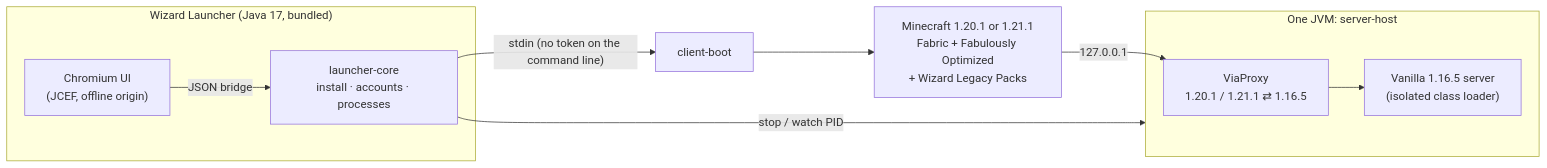
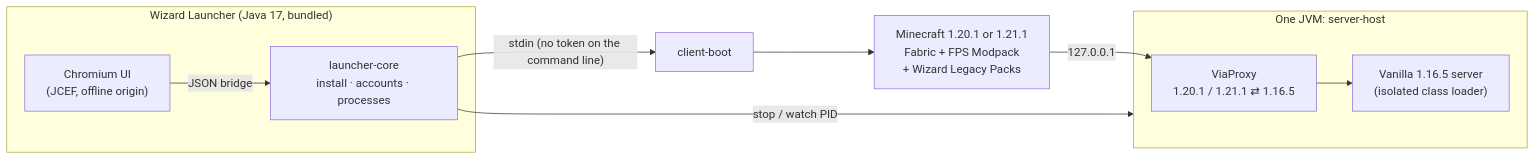
The diagram in README.md (ducky-lang/wizard_launcher), drawn with Mermaid before and after one commit. The commit also changed other lines of this file and 6 other files, not shown here.

First line of the commit message:
Use the FPS Modpack and keep transparent GUI sprites

````diff
--- a/README.md
+++ b/README.md
@@ -105,12 +105,12 @@
 ```mermaid
 flowchart LR
     subgraph Launcher["Wizard Launcher (Java 17, bundled)"]
         UI["Chromium UI<br/>(JCEF, offline origin)"] -- "JSON bridge" --> Core["launcher-core<br/>install · accounts · processes"]
     end
-    Core -- "stdin (no token on the command line)" --> Boot["client-boot"] --> MC["Minecraft 1.20.1 or 1.21.1<br/>Fabric + Fabulously Optimized<br/>+ Wizard Legacy Packs"]
+    Core -- "stdin (no token on the command line)" --> Boot["client-boot"] --> MC["Minecraft 1.20.1 or 1.21.1<br/>Fabric + FPS Modpack<br/>+ Wizard Legacy Packs"]
     Core -- "stop / watch PID" --> Host
     subgraph Host["One JVM: server-host"]
         Via["ViaProxy<br/>1.20.1 / 1.21.1 ⇄ 1.16.5"] --> Server["Vanilla 1.16.5 server<br/>(isolated class loader)"]
     end
     MC -- "127.0.0.1" --> Via
 ```
````
